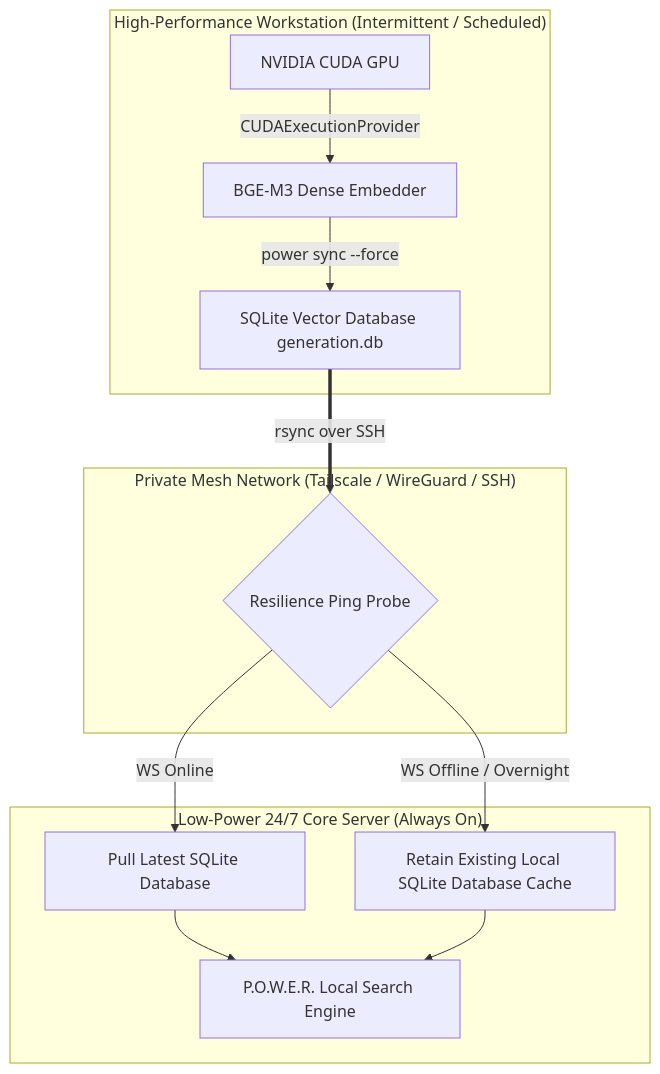
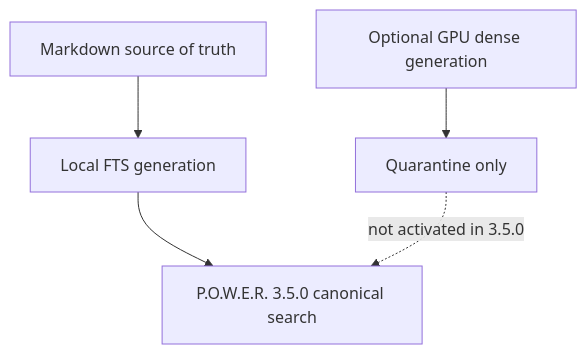
The diagram in docs/guides/hybrid-fleet-gpu-offloading-guide.md (weby-homelab/power-framework), drawn with Mermaid before and after one commit. The commit also changed other lines of this file and 138 other files, not shown here.

Commit message:
feat: implement POWER 3.5.0 roadmap

````diff
--- a/docs/guides/hybrid-fleet-gpu-offloading-guide.md
+++ b/docs/guides/hybrid-fleet-gpu-offloading-guide.md
@@ -26,18 +35,7 @@
 ```mermaid
 flowchart TD
-    subgraph WS ["High-Performance Workstation (Intermittent / Scheduled)"]
-        A[NVIDIA CUDA GPU] -->|CUDAExecutionProvider| B[BGE-M3 Dense Embedder]
-        B -->|power sync --force| C[SQLite Vector Database generation.db]
-    end
-
-    subgraph NET ["Private Mesh Network (Tailscale / WireGuard / SSH)"]
-        C ==>|rsync over SSH| D{Resilience Ping Probe}
-    end
-
-    subgraph CORE ["Low-Power 24/7 Core Server (Always On)"]
-        D -->|WS Online| E[Pull Latest SQLite Database]
-        D -->|WS Offline / Overnight| F[Retain Existing Local SQLite Database Cache]
-        E --> G[P.O.W.E.R. Local Search Engine]
-        F --> G[P.O.W.E.R. Local Search Engine]
-    end
+    S[Markdown source of truth] --> F[Local FTS generation]
+    F --> C[P.O.W.E.R. 3.5.0 canonical search]
+    G[Optional GPU dense generation] --> Q[Quarantine only]
+    Q -.->|not activated in 3.5.0| C
 ```
````
